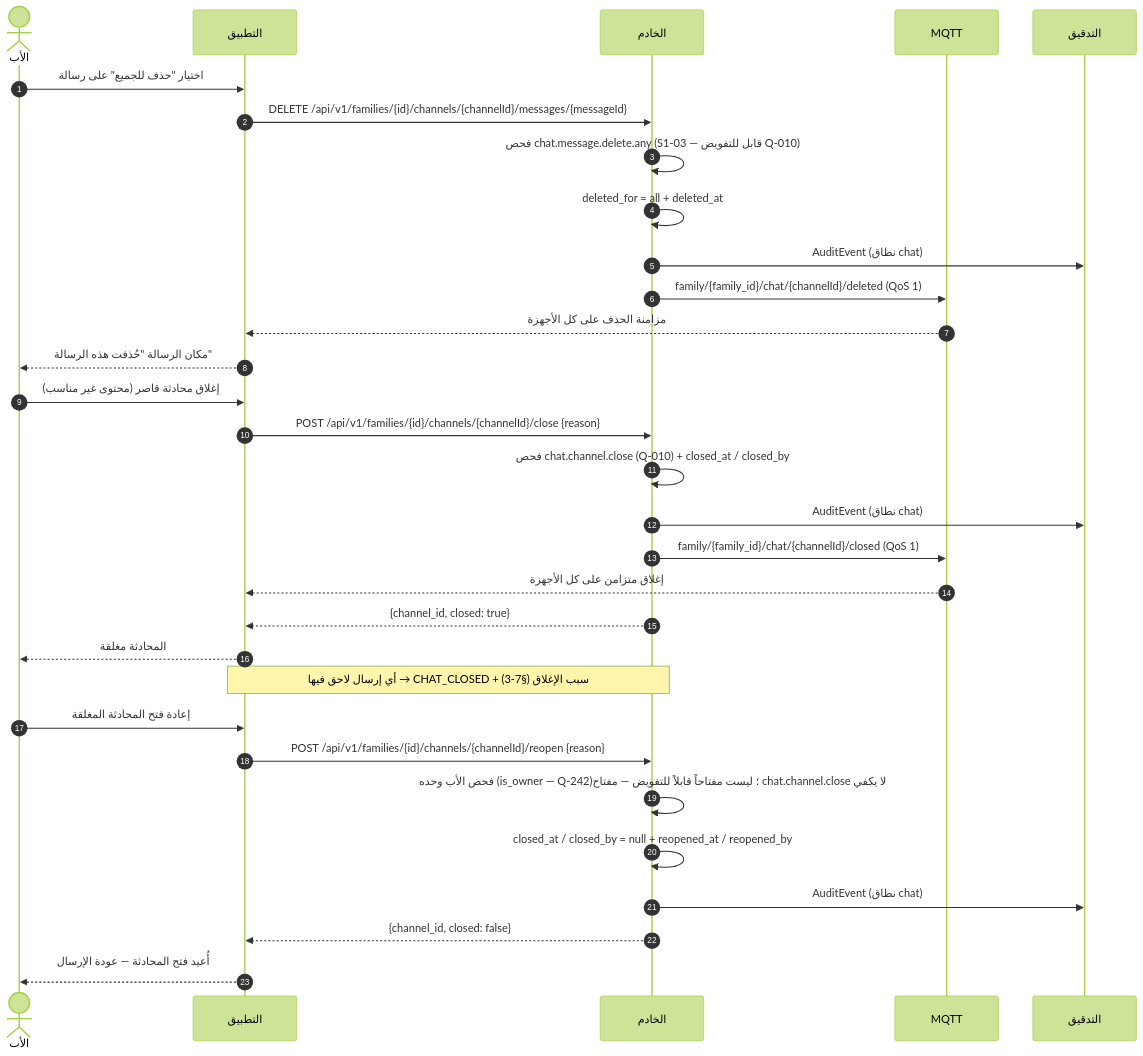
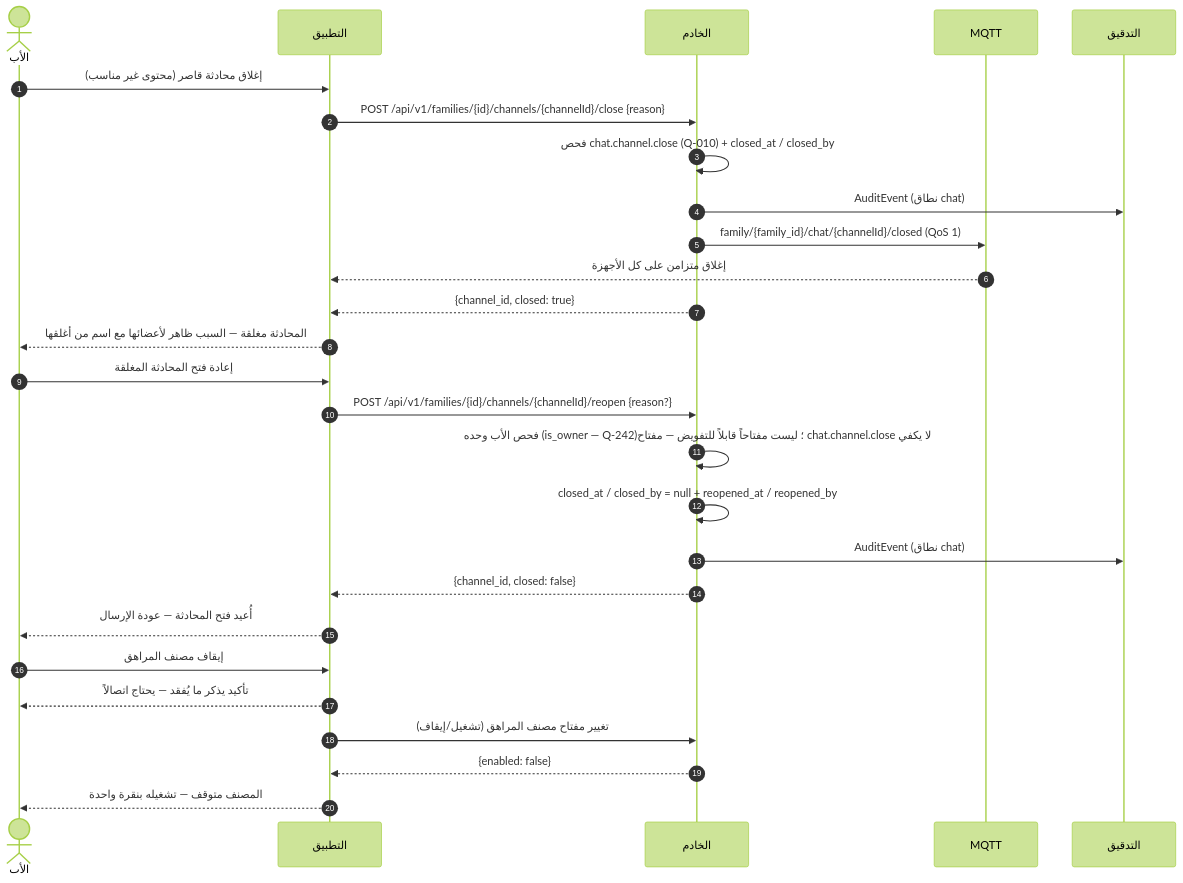
Before and after one commit to Bassam-mohammed-alqaeadi/family-os-v2: the seventh of 18 diagrams in docs/family-os/governance/phases/phase-1/S1-08-chat-basic/DIAGRAMS.md, drawn with Mermaid (forest theme). The commit also changed other lines of this file, not shown here.

````diff
--- a/docs/family-os/governance/phases/phase-1/S1-08-chat-basic/DIAGRAMS.md
+++ b/docs/family-os/governance/phases/phase-1/S1-08-chat-basic/DIAGRAMS.md
@@ -281,33 +321,29 @@
 ```mermaid
 sequenceDiagram
     autonumber
     actor Father as الأب
     participant App as التطبيق
     participant Ktor as الخادم
     participant MQTT as MQTT
     participant Audit as التدقيق
-    Father->>App: اختيار "حذف للجميع" على رسالة
-    App->>Ktor: DELETE /api/v1/families/{id}/channels/{channelId}/messages/{messageId}
-    Ktor->>Ktor: فحص chat.message.delete.any (S1-03 — قابل للتفويض Q-010)
-    Ktor->>Ktor: deleted_for = all + deleted_at
-    Ktor->>Audit: AuditEvent (نطاق chat)
-    Ktor->>MQTT: family/{family_id}/chat/{channelId}/deleted (QoS 1)
-    MQTT-->>App: مزامنة الحذف على كل الأجهزة
-    App-->>Father: مكان الرسالة "حُذفت هذه الرسالة"
     Father->>App: إغلاق محادثة قاصر (محتوى غير مناسب)
     App->>Ktor: POST /api/v1/families/{id}/channels/{channelId}/close {reason}
     Ktor->>Ktor: فحص chat.channel.close (Q-010) + closed_at / closed_by
     Ktor->>Audit: AuditEvent (نطاق chat)
     Ktor->>MQTT: family/{family_id}/chat/{channelId}/closed (QoS 1)
     MQTT-->>App: إغلاق متزامن على كل الأجهزة
     Ktor-->>App: {channel_id, closed: true}
-    App-->>Father: المحادثة مغلقة
-    Note over App,Ktor: أي إرسال لاحق فيها → CHAT_CLOSED + سبب الإغلاق (§7-3)
+    App-->>Father: المحادثة مغلقة — السبب ظاهر لأعضائها مع اسم من أغلقها
     Father->>App: إعادة فتح المحادثة المغلقة
-    App->>Ktor: POST /api/v1/families/{id}/channels/{channelId}/reopen {reason}
+    App->>Ktor: POST /api/v1/families/{id}/channels/{channelId}/reopen {reason?}
     Ktor->>Ktor: فحص الأب وحده (is_owner — Q-242)؛ ليست مفتاحاً قابلاً للتفويض — مفتاح chat.channel.close لا يكفي
     Ktor->>Ktor: closed_at / closed_by = null + reopened_at / reopened_by
     Ktor->>Audit: AuditEvent (نطاق chat)
     Ktor-->>App: {channel_id, closed: false}
     App-->>Father: أُعيد فتح المحادثة — عودة الإرسال
+    Father->>App: إيقاف مصنف المراهق
+    App-->>Father: تأكيد يذكر ما يُفقد — يحتاج اتصالاً
+    App->>Ktor: تغيير مفتاح مصنف المراهق (تشغيل/إيقاف)
+    Ktor-->>App: {enabled: false}
+    App-->>Father: المصنف متوقف — تشغيله بنقرة واحدة
 ```
````
